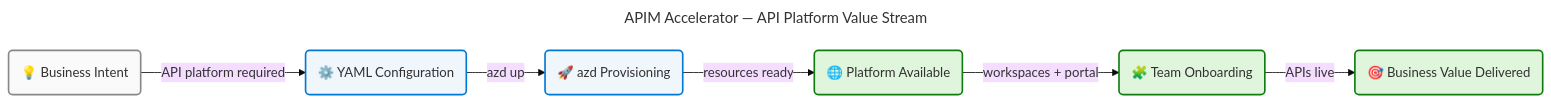
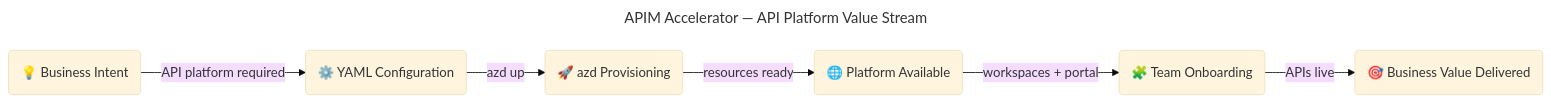
One commit to Evilazaro/APIM-Accelerator changed the third of 6 diagrams in docs/architecture/business-architecture.md. Above: the diagram before and after it, drawn with Mermaid. The commit also changed other lines of this file and 1 other file, not shown here.

Commit message:
style: remove redundant comments and streamline flowchart styles for clarity in data architecture documentation

````diff
--- a/docs/architecture/business-architecture.md
+++ b/docs/architecture/business-architecture.md
@@ -549,44 +549,32 @@
 ```mermaid
 ---
 title: "APIM Accelerator — API Platform Value Stream"
 config:
   theme: base
   look: classic
   layout: dagre
   themeVariables:
     fontSize: '16px'
   flowchart:
     htmlLabels: true
 ---
 flowchart LR
     accTitle: APIM Accelerator API Platform Value Stream Map
     accDescr: Left-to-right value stream showing six sequential stages from business intent through YAML configuration, azd provisioning, platform availability, team onboarding, to business value delivered — sourced from README.md and azure.yaml
 
-    %% ═══════════════════════════════════════════════════════════════════════════
-    %% AZURE / FLUENT ARCHITECTURE PATTERN v1.1
-    %% (Semantic + Structural + Font + Accessibility Governance)
-    %% ═══════════════════════════════════════════════════════════════════════════
-    %% PHASE 1 - FLUENT UI: All styling uses approved Fluent UI palette only
-    %% PHASE 2 - GROUPS: Every subgraph has semantic color via style directive
-    %% PHASE 3 - COMPONENTS: Every node has semantic classDef + icon prefix
-    %% PHASE 4 - ACCESSIBILITY: accTitle/accDescr present, WCAG AA contrast
-    %% PHASE 5 - STANDARD: Governance block present, classDefs centralized
-    %% ═══════════════════════════════════════════════════════════════════════════
 
     intent("💡 Business Intent"):::neutral
     config("⚙️ YAML Configuration"):::core
     provision("🚀 azd Provisioning"):::core
     platform("🌐 Platform Available"):::success
     onboarding("🧩 Team Onboarding"):::success
     value("🎯 Business Value Delivered"):::success
 
     intent -->|"API platform required"| config
     config -->|"azd up"| provision
     provision -->|"resources ready"| platform
     platform -->|"workspaces + portal"| onboarding
     onboarding -->|"APIs live"| value
 
-    classDef neutral fill:#FAFAFA,stroke:#8A8886,stroke-width:2px,color:#323130
-    classDef core fill:#EFF6FC,stroke:#0078D4,stroke-width:2px,color:#323130
-    classDef success fill:#DFF6DD,stroke:#107C10,stroke-width:2px,color:#323130
+
 ```
````
